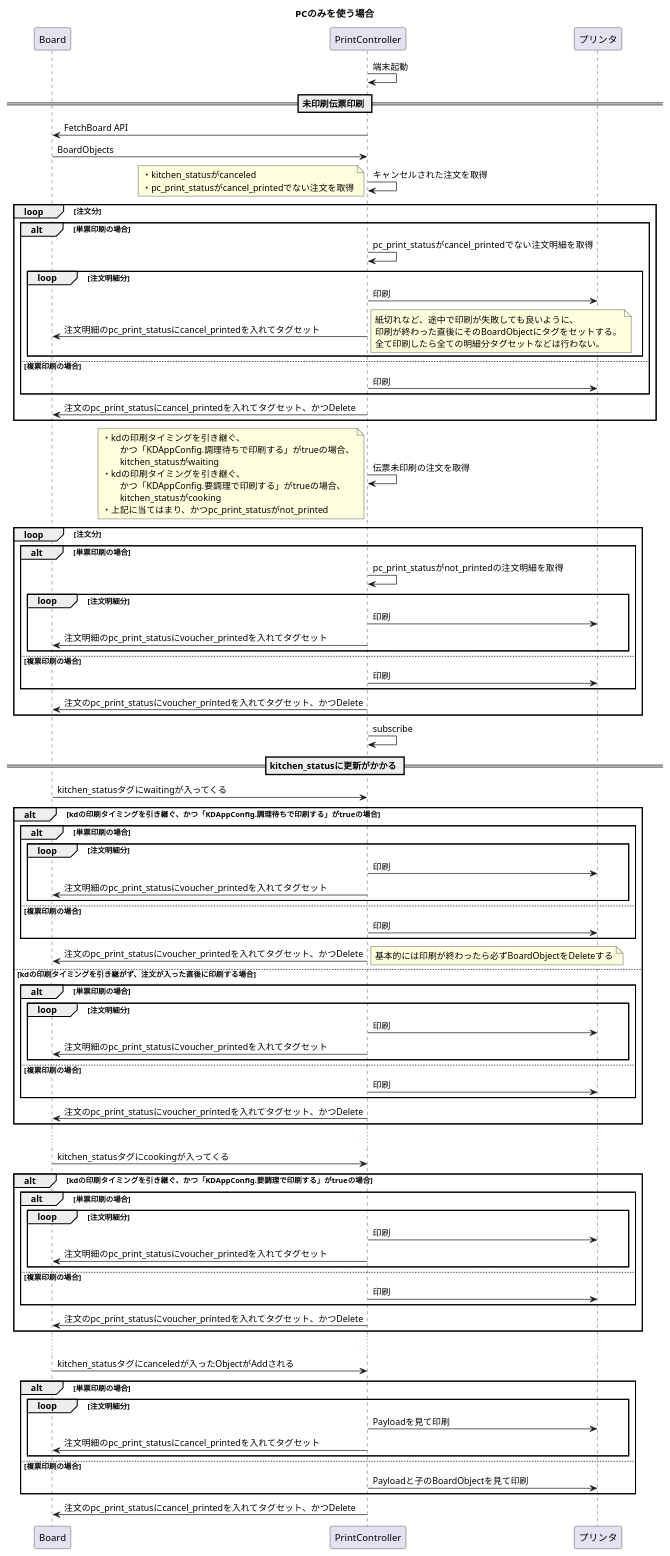
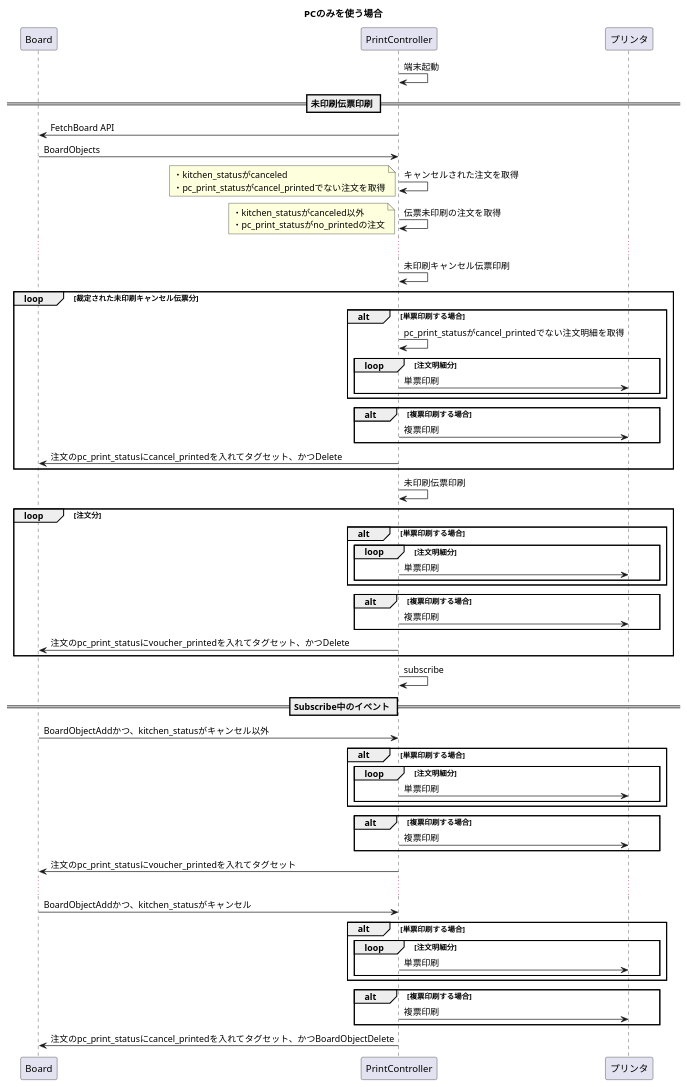
Before and after one commit to kmurata08/plantuml-editor: the diagram in instore/only_pc.pu, drawn with PlantUML. The commit also changed 2 other files, not shown here.

Commit message:
Edit sequence

```diff
--- a/instore/only_pc.pu
+++ b/instore/only_pc.pu
@@ -1,113 +1,79 @@
 title PCのみを使う場合
 
 participant Board as b
 participant PrintController as pc
 participant プリンタ as pt
 
 pc -> pc: 端末起動
 
 == 未印刷伝票印刷 ==
 pc -> b: FetchBoard API
 b -> pc: BoardObjects
 pc -> pc: キャンセルされた注文を取得
 note left
     ・kitchen_statusがcanceled
     ・pc_print_statusがcancel_printedでない注文を取得
 end note
-loop 注文分
-    alt 単票印刷の場合
+
+pc -> pc: 伝票未印刷の注文を取得
+note left
+    ・kitchen_statusがcanceled以外
+    ・pc_print_statusがno_printedの注文
+end note
+
+...
+
+pc -> pc: 未印刷キャンセル伝票印刷
+loop 裁定された未印刷キャンセル伝票分
+    alt 単票印刷する場合
         pc -> pc: pc_print_statusがcancel_printedでない注文明細を取得
         loop 注文明細分
-            pc -> pt: 印刷
-            pc -> b: 注文明細のpc_print_statusにcancel_printedを入れてタグセット
-            note right
-                紙切れなど、途中で印刷が失敗しても良いように、
-                印刷が終わった直後にそのBoardObjectにタグをセットする。
-                全て印刷したら全ての明細分タグセットなどは行わない。
-            end note
+            pc -> pt: 単票印刷
         end
-    else 複票印刷の場合
-        pc -> pt: 印刷
+    end
+    alt 複票印刷する場合
+        pc -> pt: 複票印刷
     end
     pc -> b: 注文のpc_print_statusにcancel_printedを入れてタグセット、かつDelete
 end
 
-pc -> pc: 伝票未印刷の注文を取得
-note left
-    ・kdの印刷タイミングを引き継ぐ、
-    　　かつ「KDAppConfig.調理待ちで印刷する」がtrueの場合、
-    　　kitchen_statusがwaiting
-    ・kdの印刷タイミングを引き継ぐ、
-    　　かつ「KDAppConfig.要調理で印刷する」がtrueの場合、
-    　　kitchen_statusがcooking
-    ・上記に当てはまり、かつpc_print_statusがnot_printed
-end note
+pc -> pc: 未印刷伝票印刷
 loop 注文分
-    alt 単票印刷の場合
-        pc -> pc: pc_print_statusがnot_printedの注文明細を取得
+    alt 単票印刷する場合
         loop 注文明細分
-            pc -> pt: 印刷
-            pc -> b: 注文明細のpc_print_statusにvoucher_printedを入れてタグセット
+            pc -> pt: 単票印刷
         end
-    else 複票印刷の場合
-        pc -> pt: 印刷
+    end
+    alt 複票印刷する場合
+        pc -> pt: 複票印刷
     end
     pc -> b: 注文のpc_print_statusにvoucher_printedを入れてタグセット、かつDelete
 end
 
 pc -> pc: subscribe
 
-== kitchen_statusに更新がかかる ==
-b -> pc: kitchen_statusタグにwaitingが入ってくる
-alt kdの印刷タイミングを引き継ぐ、かつ「KDAppConfig.調理待ちで印刷する」がtrueの場合
-    alt 単票印刷の場合
-        loop 注文明細分
-            pc -> pt: 印刷
-            pc -> b: 注文明細のpc_print_statusにvoucher_printedを入れてタグセット
-        end
-    else 複票印刷の場合
-        pc -> pt: 印刷
+== Subscribe中のイベント ==
+
+b -> pc: BoardObjectAddかつ、kitchen_statusがキャンセル以外
+alt 単票印刷する場合
+    loop 注文明細分
+        pc -> pt: 単票印刷
     end
-    pc -> b: 注文のpc_print_statusにvoucher_printedを入れてタグセット、かつDelete
-    note right
-        基本的には印刷が終わったら必ずBoardObjectをDeleteする
-    end note
-else kdの印刷タイミングを引き継がず、注文が入った直後に印刷する場合
-    alt 単票印刷の場合
-        loop 注文明細分
-            pc -> pt: 印刷
-            pc -> b: 注文明細のpc_print_statusにvoucher_printedを入れてタグセット
-        end
-    else 複票印刷の場合
-        pc -> pt: 印刷
-    end
-    pc -> b: 注文のpc_print_statusにvoucher_printedを入れてタグセット、かつDelete
 end
+alt 複票印刷する場合
+    pc -> pt: 複票印刷
+end
+pc -> b: 注文のpc_print_statusにvoucher_printedを入れてタグセット
 
 ...
 
-b -> pc: kitchen_statusタグにcookingが入ってくる
-alt kdの印刷タイミングを引き継ぐ、かつ「KDAppConfig.要調理で印刷する」がtrueの場合
-    alt 単票印刷の場合
-        loop 注文明細分
-            pc -> pt: 印刷
-            pc -> b: 注文明細のpc_print_statusにvoucher_printedを入れてタグセット
-        end
-    else 複票印刷の場合
-        pc -> pt: 印刷
+b -> pc: BoardObjectAddかつ、kitchen_statusがキャンセル
+alt 単票印刷する場合
+    loop 注文明細分
+        pc -> pt: 単票印刷
     end
-    pc -> b: 注文のpc_print_statusにvoucher_printedを入れてタグセット、かつDelete
 end
-
-...
-
-b -> pc: kitchen_statusタグにcanceledが入ったObjectがAddされる
-alt 単票印刷の場合
-    loop 注文明細分
-        pc -> pt: Payloadを見て印刷
-        pc -> b: 注文明細のpc_print_statusにcancel_printedを入れてタグセット
-    end
-else 複票印刷の場合
-    pc -> pt: Payloadと子のBoardObjectを見て印刷
+alt 複票印刷する場合
+    pc -> pt: 複票印刷
 end
-pc -> b: 注文のpc_print_statusにcancel_printedを入れてタグセット、かつDelete
+pc -> b: 注文のpc_print_statusにcancel_printedを入れてタグセット、かつBoardObjectDelete
```
